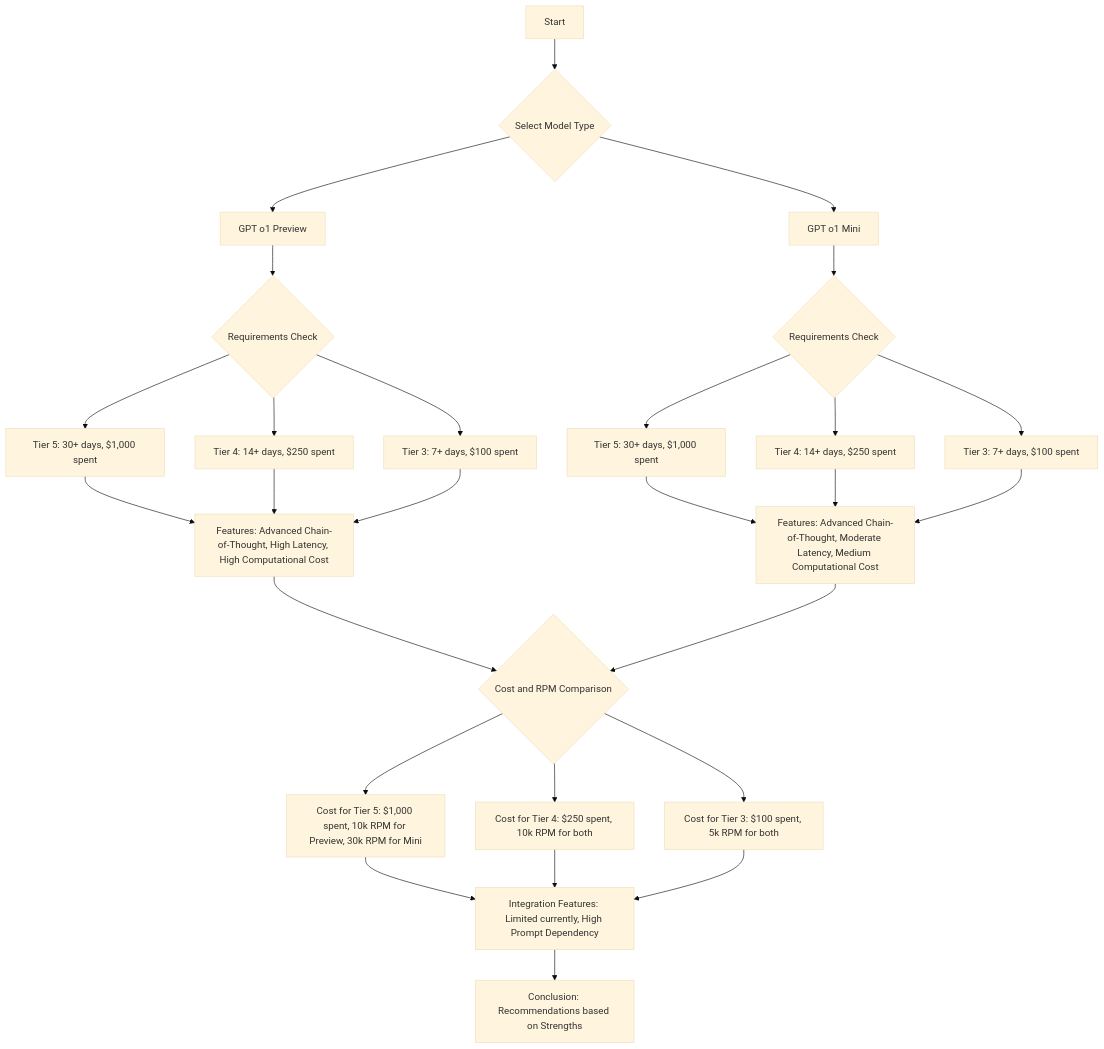
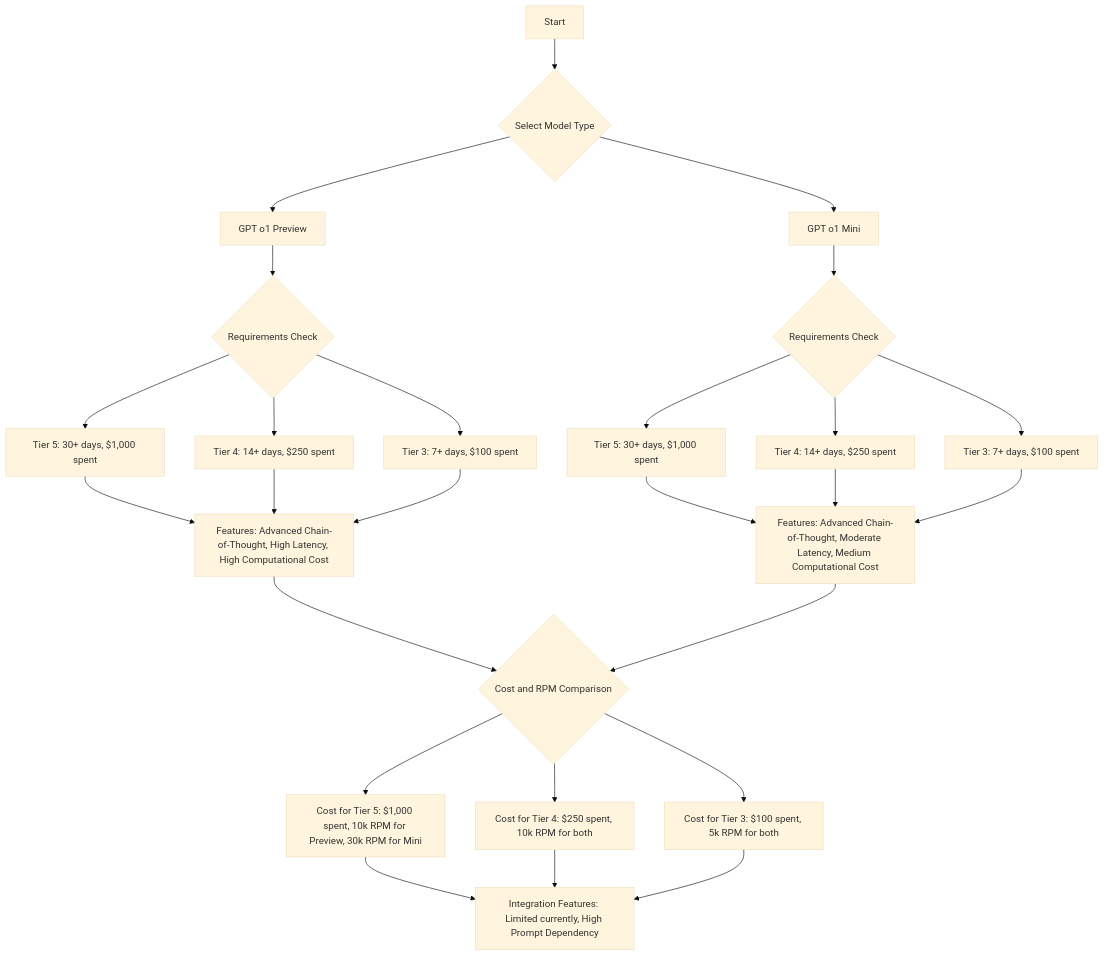
Before and after one commit to Manaswita06/Documentations: the diagram in gpt-o1/GPT o1.md, drawn with Mermaid (base theme). The commit also changed other lines of this file, not shown here.

````diff
--- a/gpt-o1/GPT o1.md
+++ b/gpt-o1/GPT o1.md
@@ -253,39 +260,38 @@
 ```mermaid
 graph TD;
     A[Start] --> B{Select Model Type}
     
     B --> C1[GPT o1 Preview]
     B --> C2[GPT o1 Mini]
     
     C1 --> D1{Requirements Check}
     C2 --> D2{Requirements Check}
     
     D1 --> E1[Tier 5: 30+ days, $1,000 spent]
     D1 --> E2[Tier 4: 14+ days, $250 spent]
     D1 --> E3[Tier 3: 7+ days, $100 spent]
     
     D2 --> E4[Tier 5: 30+ days, $1,000 spent]
     D2 --> E5[Tier 4: 14+ days, $250 spent]
     D2 --> E6[Tier 3: 7+ days, $100 spent]
     
     E1 --> F1[Features: Advanced Chain-of-Thought, High Latency, High Computational Cost]
     E2 --> F1
     E3 --> F1
     
     E4 --> F2[Features: Advanced Chain-of-Thought, Moderate Latency, Medium Computational Cost]
     E5 --> F2
     E6 --> F2
     
     F1 --> G1{Cost and RPM Comparison}
     F2 --> G1
     
     G1 --> H1[Cost for Tier 5: $1,000 spent, 10k RPM for Preview, 30k RPM for Mini]
     G1 --> H2[Cost for Tier 4: $250 spent, 10k RPM for both]
     G1 --> H3[Cost for Tier 3: $100 spent, 5k RPM for both]
     
     H1 --> I1[Integration Features: Limited currently, High Prompt Dependency]
     H2 --> I1
     H3 --> I1
-    
-    I1 --> J[Conclusion: Recommendations based on Strengths]
+
 ```
````
